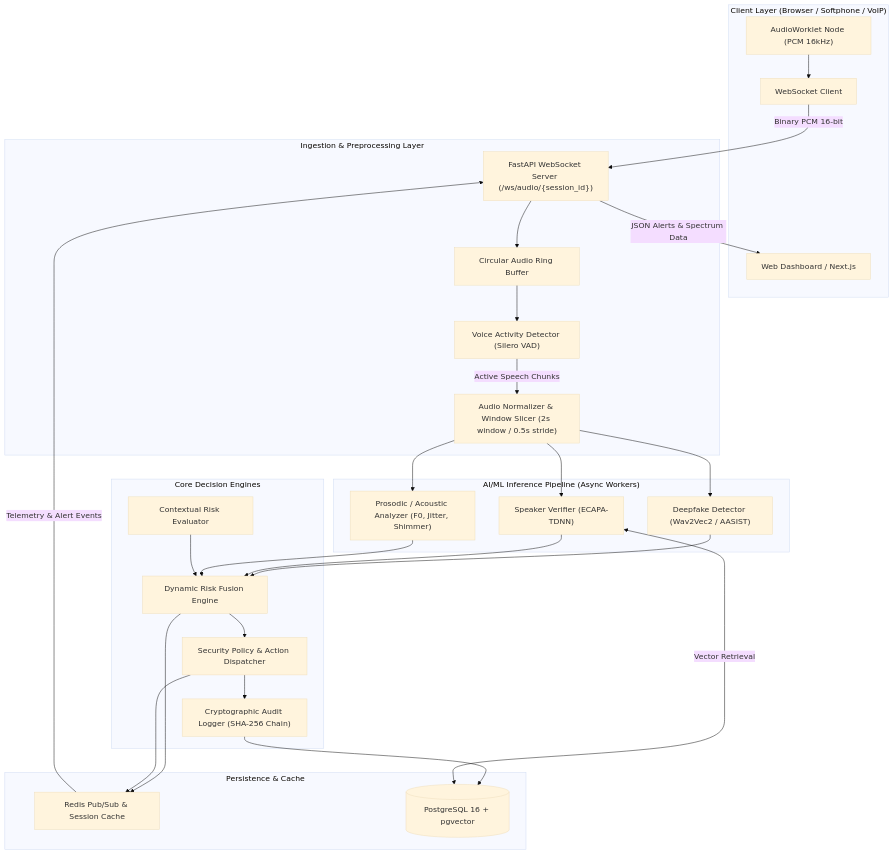
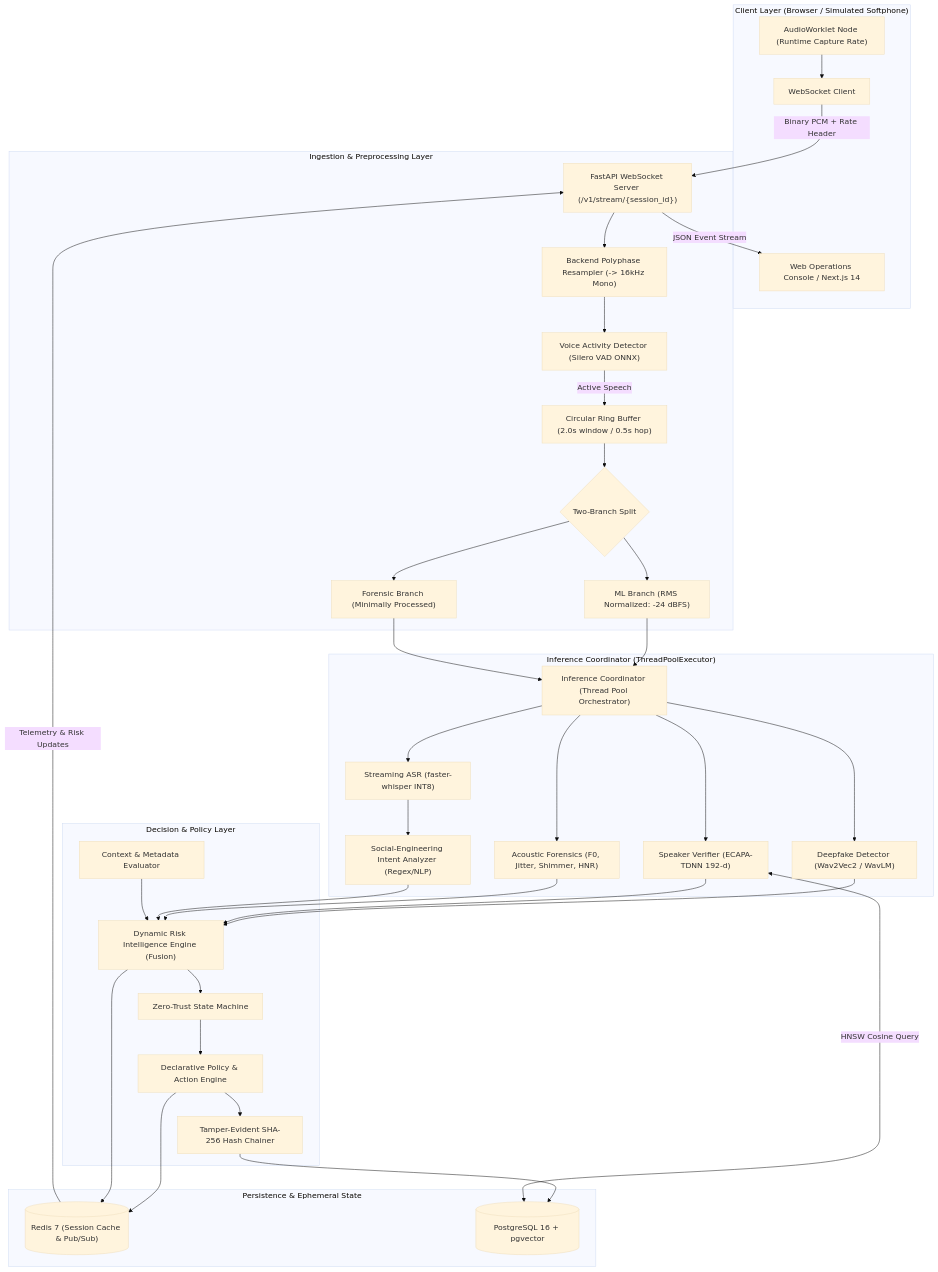
One commit to aman-singh-12/TrueVoice changed the diagram in docs/LLD.md. Above: the diagram before and after it, drawn with Mermaid (base theme). The commit also changed other lines of this file and 2 other files, not shown here.

Commit message:
fix: align TrueVoice HLD and LLD architecture

````diff
--- a/docs/LLD.md
+++ b/docs/LLD.md
@@ -50,57 +50,73 @@
 ```mermaid
 flowchart TB
-    subgraph ClientLayer ["Client Layer (Browser / Softphone / VoIP)"]
-        UI["Web Dashboard / Next.js"]
-        AudioWorklet["AudioWorklet Node (PCM 16kHz)"]
+    subgraph ClientLayer ["Client Layer (Browser / Simulated Softphone)"]
+        UI["Web Operations Console / Next.js 14"]
+        AudioWorklet["AudioWorklet Node (Runtime Capture Rate)"]
         WSClient["WebSocket Client"]
         AudioWorklet --> WSClient
     end
 
     subgraph IngestionLayer ["Ingestion & Preprocessing Layer"]
-        WSEndpoint["FastAPI WebSocket Server (/ws/audio/{session_id})"]
-        RingBuffer["Circular Audio Ring Buffer"]
-        VAD["Voice Activity Detector (Silero VAD)"]
-        Normalizer["Audio Normalizer & Window Slicer (2s window / 0.5s stride)"]
+        WSEndpoint["FastAPI WebSocket Server (/v1/stream/{session_id})"]
+        Resampler["Backend Polyphase Resampler (-> 16kHz Mono)"]
+        VAD["Voice Activity Detector (Silero VAD ONNX)"]
+        RingBuffer["Circular Ring Buffer (2.0s window / 0.5s hop)"]
+        TwoBranch{"Two-Branch Split"}
+        B_Norm["ML Branch (RMS Normalized: -24 dBFS)"]
+        B_Raw["Forensic Branch (Minimally Processed)"]
         
-        WSClient -->|Binary PCM 16-bit| WSEndpoint
-        WSEndpoint --> RingBuffer
-        RingBuffer --> VAD
-        VAD -->|Active Speech Chunks| Normalizer
+        WSClient -->|Binary PCM + Rate Header| WSEndpoint
+        WSEndpoint --> Resampler
+        Resampler --> VAD
+        VAD -->|Active Speech| RingBuffer
+        RingBuffer --> TwoBranch
+        TwoBranch --> B_Norm & B_Raw
     end
 
-    subgraph InferenceLayer ["AI/ML Inference Pipeline (Async Workers)"]
-        DeepfakeWorker["Deepfake Detector (Wav2Vec2 / AASIST)"]
-        SpeakerWorker["Speaker Verifier (ECAPA-TDNN)"]
-        ProsodyWorker["Prosodic / Acoustic Analyzer (F0, Jitter, Shimmer)"]
+    subgraph InferenceLayer ["Inference Coordinator (ThreadPoolExecutor)"]
+        Coordinator["Inference Coordinator (Thread Pool Orchestrator)"]
+        DeepfakeWorker["Deepfake Detector (Wav2Vec2 / WavLM)"]
+        SpeakerWorker["Speaker Verifier (ECAPA-TDNN 192-d)"]
+        ForensicWorker["Acoustic Forensics (F0, Jitter, Shimmer, HNR)"]
+        ASRWorker["Streaming ASR (faster-whisper INT8)"]
+        IntentWorker["Social-Engineering Intent Analyzer (Regex/NLP)"]
         
-        Normalizer --> DeepfakeWorker
-        Normalizer --> SpeakerWorker
-        Normalizer --> ProsodyWorker
+        B_Norm --> Coordinator
+        B_Raw --> Coordinator
+        Coordinator --> DeepfakeWorker
+        Coordinator --> SpeakerWorker
+        Coordinator --> ForensicWorker
+        Coordinator --> ASRWorker
+        ASRWorker --> IntentWorker
     end
 
-    subgraph StorageLayer ["Persistence & Cache"]
-        RedisPubSub["Redis Pub/Sub & Session Cache"]
-        PGDB[(PostgreSQL 16 + pgvector)]
+    subgraph StorageLayer ["Persistence & Ephemeral State"]
+        RedisBus[("Redis 7 (Session Cache & Pub/Sub)")]
+        PGDB[("PostgreSQL 16 + pgvector")]
     end
 
-    subgraph EngineLayer ["Core Decision Engines"]
-        ContextEngine["Contextual Risk Evaluator"]
-        RiskEngine["Dynamic Risk Fusion Engine"]
-        PolicyEngine["Security Policy & Action Dispatcher"]
-        AuditEngine["Cryptographic Audit Logger (SHA-256 Chain)"]
+    subgraph EngineLayer ["Decision & Policy Layer"]
+        ContextEngine["Context & Metadata Evaluator"]
+        RiskEngine["Dynamic Risk Intelligence Engine (Fusion)"]
+        TrustSM["Zero-Trust State Machine"]
+        PolicyEngine["Declarative Policy & Action Engine"]
+        AuditEngine["Tamper-Evident SHA-256 Hash Chainer"]
         
         DeepfakeWorker --> RiskEngine
         SpeakerWorker --> RiskEngine
-        ProsodyWorker --> RiskEngine
+        ForensicWorker --> RiskEngine
+        IntentWorker --> RiskEngine
         ContextEngine --> RiskEngine
-        RiskEngine --> PolicyEngine
+        
+        RiskEngine --> TrustSM
+        TrustSM --> PolicyEngine
         PolicyEngine --> AuditEngine
-        RiskEngine --> RedisPubSub
-        PolicyEngine --> RedisPubSub
+        PolicyEngine --> RedisBus
+        RiskEngine --> RedisBus
     end
 
-    RedisPubSub -->|Telemetry & Alert Events| WSEndpoint
-    WSEndpoint -->|JSON Alerts & Spectrum Data| UI
+    RedisBus -->|Telemetry & Risk Updates| WSEndpoint
+    WSEndpoint -->|JSON Event Stream| UI
     AuditEngine --> PGDB
-    SpeakerWorker <-->|Vector Retrieval| PGDB
+    SpeakerWorker <-->|HNSW Cosine Query| PGDB
 ```
````
